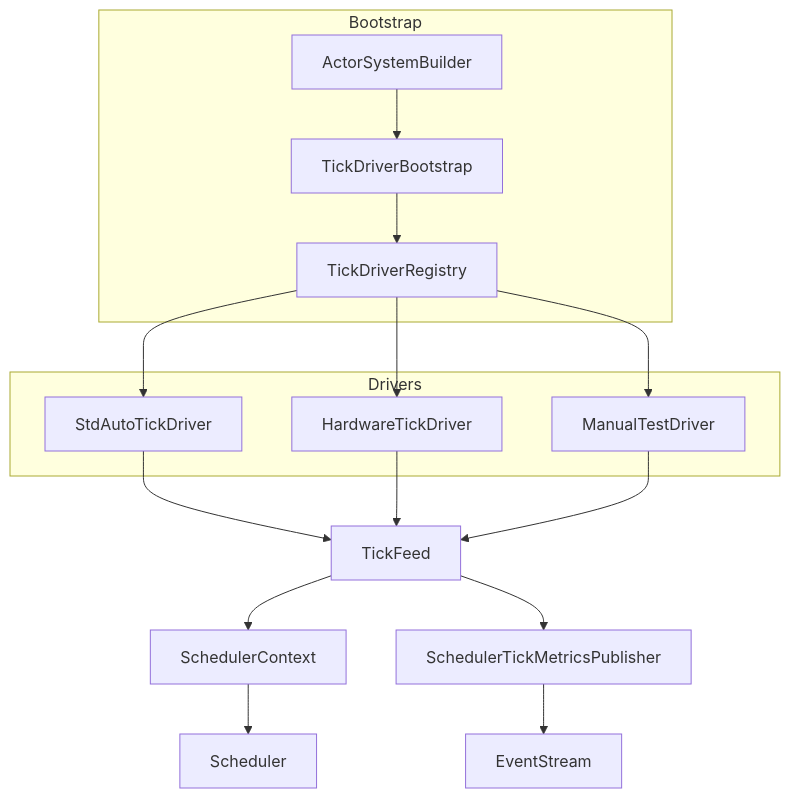
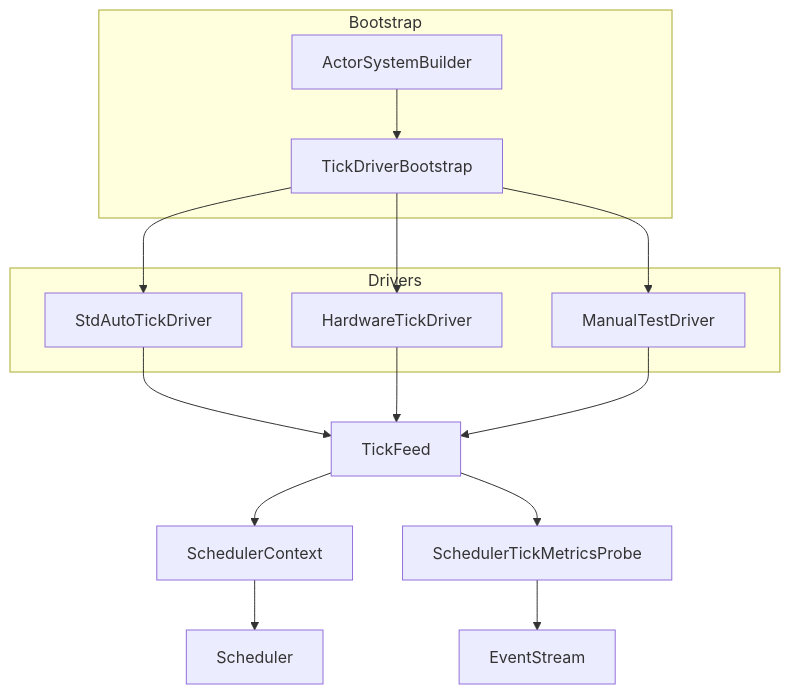
The first of 4 diagrams in .kiro/specs/scheduler-tick-driver-integration/design.md (j5ik2o/fraktor-rs), drawn with Mermaid before and after one commit. The commit also changed other lines of this file, not shown here.

Commit message:
feat: refactor TickDriver architecture and update metrics handling

````diff
--- a/.kiro/specs/scheduler-tick-driver-integration/design.md
+++ b/.kiro/specs/scheduler-tick-driver-integration/design.md
@@ -26,30 +26,28 @@
 ```mermaid
 graph TD
   subgraph Bootstrap
     Builder[ActorSystemBuilder]
     TickBootstrap[TickDriverBootstrap]
-    Registry[TickDriverRegistry]
   end
   subgraph Drivers
     StdAuto[StdAutoTickDriver]
     HwDriver[HardwareTickDriver]
     Manual[ManualTestDriver]
   end
   TickFeed[TickFeed]
   SchedulerCtx[SchedulerContext]
   Scheduler[Scheduler]
-  Metrics[SchedulerTickMetricsPublisher]
+  Metrics[SchedulerTickMetricsProbe]
   EventStream[EventStream]
 
   Builder --> TickBootstrap
-  TickBootstrap --> Registry
-  Registry --> StdAuto
-  Registry --> HwDriver
-  Registry --> Manual
+  TickBootstrap --> StdAuto
+  TickBootstrap --> HwDriver
+  TickBootstrap --> Manual
   StdAuto --> TickFeed
   HwDriver --> TickFeed
   Manual --> TickFeed
   TickFeed --> SchedulerCtx
   SchedulerCtx --> Scheduler
   TickFeed --> Metrics --> EventStream
 ```
````
